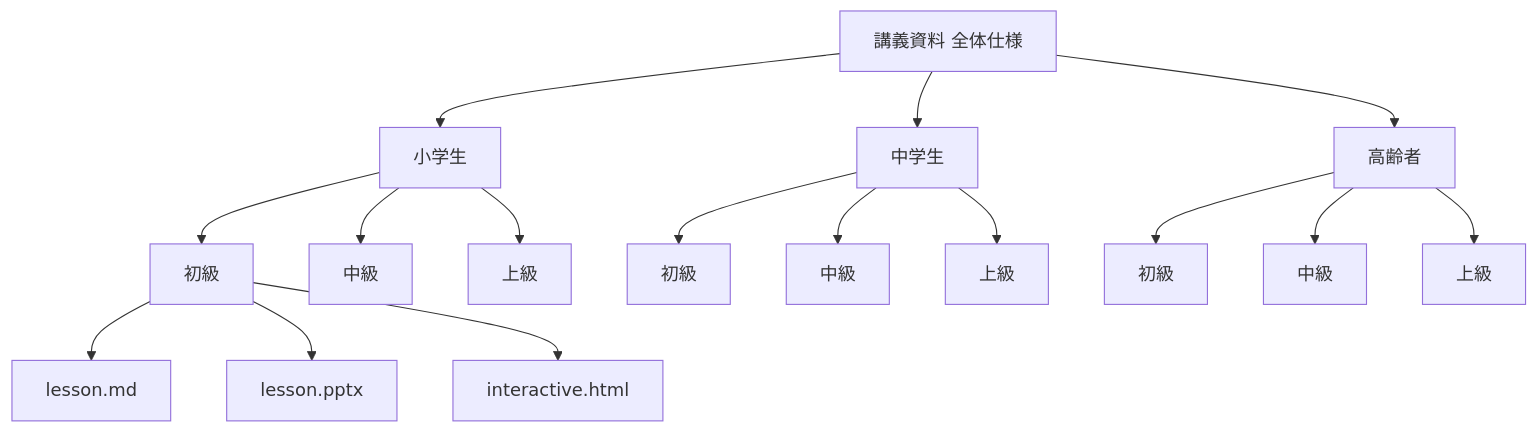
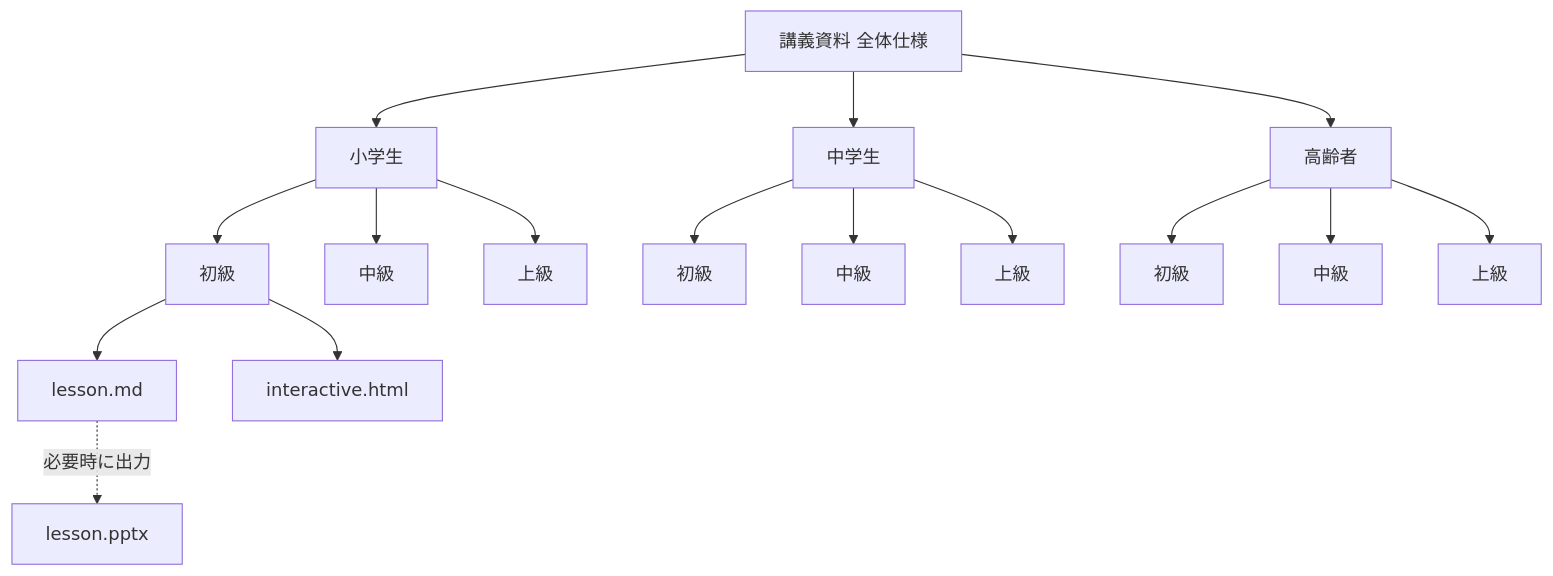
The diagram in 00_講義資料_全体仕様.md (yt-hsgw/lecture-materials), drawn with Mermaid before and after one commit. The commit also changed other lines of this file and 1 other file, not shown here.

````diff
--- a/00_講義資料_全体仕様.md
+++ b/00_講義資料_全体仕様.md
@@ -131,22 +131,22 @@
 ```mermaid
 flowchart TD
     A["講義資料 全体仕様"] --> B["小学生"]
     A --> C["中学生"]
     A --> D["高齢者"]
 
     B --> B1["初級"]
     B --> B2["中級"]
     B --> B3["上級"]
 
     C --> C1["初級"]
     C --> C2["中級"]
     C --> C3["上級"]
 
     D --> D1["初級"]
     D --> D2["中級"]
     D --> D3["上級"]
 
     B1 --> E["lesson.md"]
-    B1 --> F["lesson.pptx"]
     B1 --> G["interactive.html"]
+    E -. 必要時に出力 .-> F["lesson.pptx"]
 ```
````
